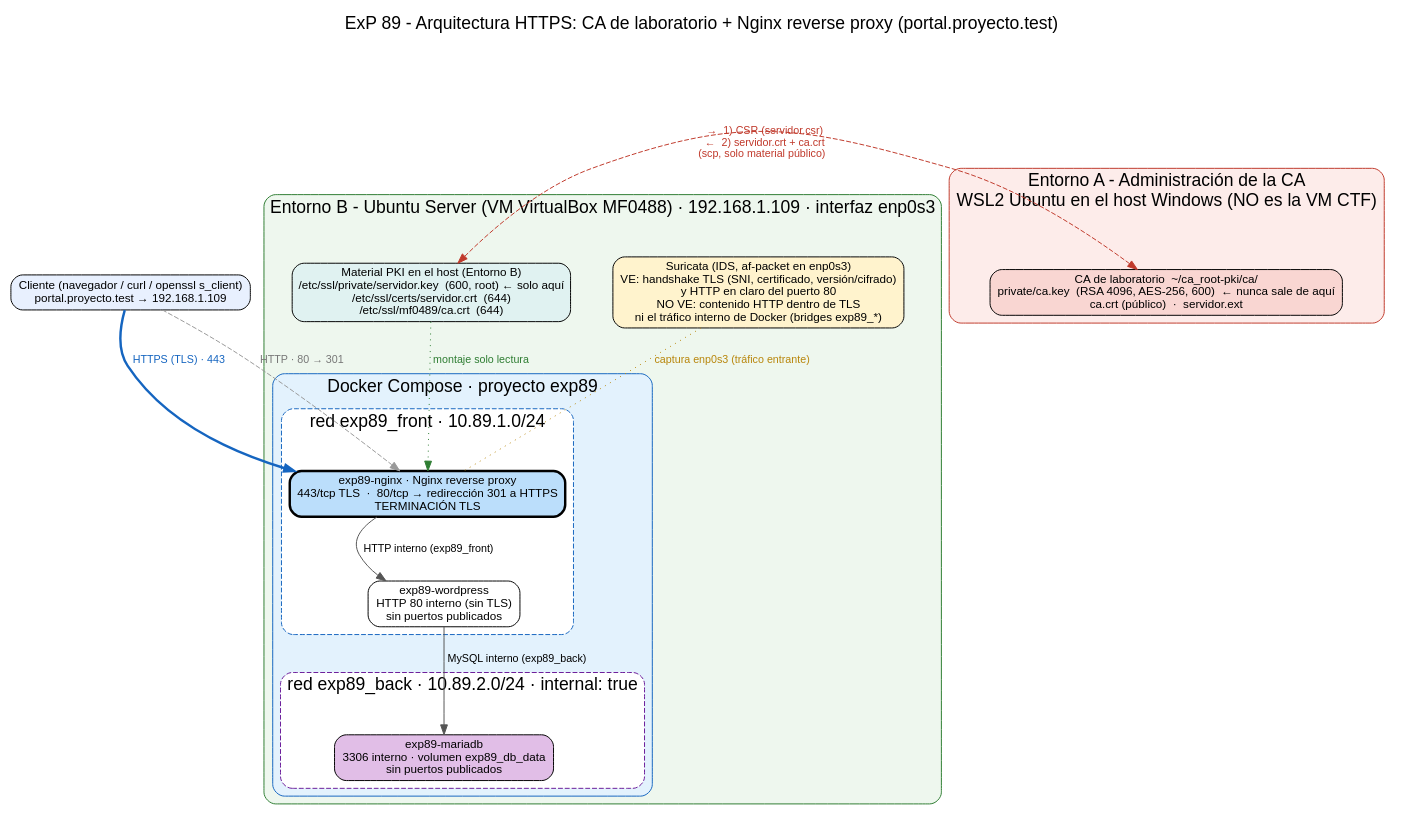
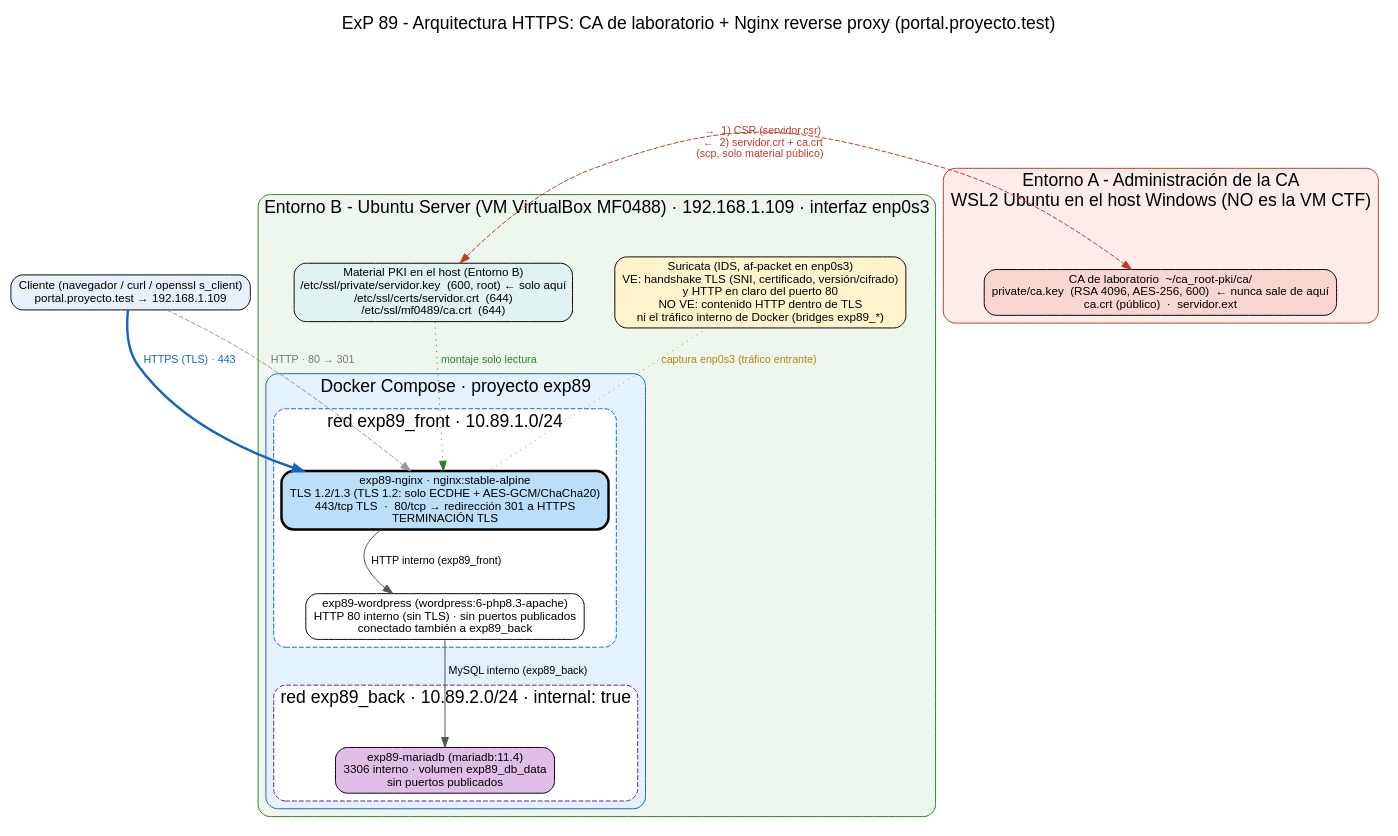
Before and after one commit to vladibcn69-ux/ExP89: the diagram in docs/mf0489/arquitectura-final.dot, drawn with Graphviz. The commit also changed 19 other files, not shown here.

Commit message:
Fase 5: guia de despliegue, scripts reproducibles, README, diagrama final y entrega final

```diff
--- a/docs/mf0489/arquitectura-final.dot
+++ b/docs/mf0489/arquitectura-final.dot
@@ -1,53 +1,53 @@
 // ExP 89 - Arquitectura final (Fase 1)
 // Autor: Volodymyr Osebchuk
 // Render: dot -Tpng -Gdpi=130 arquitectura-final.dot -o arquitectura-final.png
 digraph arquitectura {
   rankdir=TB; compound=true; newrank=true;
   fontname="Arial"; fontsize=18; labelloc=t; nodesep=0.6; ranksep=0.75;
   label="ExP 89 - Arquitectura HTTPS: CA de laboratorio + Nginx reverse proxy (portal.proyecto.test)\n ";
   node [fontname="Arial", fontsize=12, shape=box, style="rounded,filled", fillcolor="#ffffff"];
   edge [fontname="Arial", fontsize=11];
 
   cli [label="Cliente (navegador / curl / openssl s_client)\nportal.proyecto.test → 192.168.1.109", fillcolor="#e8f0fe"];
 
   subgraph cluster_A {
     label="Entorno A - Administración de la CA\nWSL2 Ubuntu en el host Windows (NO es la VM CTF)";
     style="rounded,filled"; fillcolor="#fdecea"; color="#c0392b";
     ca [label="CA de laboratorio  ~/ca_root-pki/ca/\nprivate/ca.key  (RSA 4096, AES-256, 600)  ← nunca sale de aquí\nca.crt (público)  ·  servidor.ext", fillcolor="#f9d6d2"];
   }
 
   subgraph cluster_B {
     label="Entorno B - Ubuntu Server (VM VirtualBox MF0488) · 192.168.1.109 · interfaz enp0s3";
     style="rounded,filled"; fillcolor="#eef7ee"; color="#2e7d32";
 
     suri [label="Suricata (IDS, af-packet en enp0s3)\nVE: handshake TLS (SNI, certificado, versión/cifrado)\ny HTTP en claro del puerto 80\nNO VE: contenido HTTP dentro de TLS\nni el tráfico interno de Docker (bridges exp89_*)", fillcolor="#fff3cd"];
     files [label="Material PKI en el host (Entorno B)\n/etc/ssl/private/servidor.key  (600, root) ← solo aquí\n/etc/ssl/certs/servidor.crt  (644)\n/etc/ssl/mf0489/ca.crt  (644)", fillcolor="#e0f2f1"];
 
     subgraph cluster_docker {
       label="Docker Compose · proyecto exp89"; style="rounded,filled"; fillcolor="#e3f2fd"; color="#1565c0";
       subgraph cluster_front {
         label="red exp89_front · 10.89.1.0/24"; style="rounded,dashed,filled"; fillcolor="#ffffff"; color="#1565c0";
-        nginx [label="exp89-nginx · Nginx reverse proxy\n443/tcp TLS  ·  80/tcp → redirección 301 a HTTPS\nTERMINACIÓN TLS", fillcolor="#bbdefb", penwidth=2.5];
-        wp [label="exp89-wordpress\nHTTP 80 interno (sin TLS)\nsin puertos publicados"];
+        nginx [label="exp89-nginx · nginx:stable-alpine\nTLS 1.2/1.3 (TLS 1.2: solo ECDHE + AES-GCM/ChaCha20)\n443/tcp TLS  ·  80/tcp → redirección 301 a HTTPS\nTERMINACIÓN TLS", fillcolor="#bbdefb", penwidth=2.5];
+        wp [label="exp89-wordpress (wordpress:6-php8.3-apache)\nHTTP 80 interno (sin TLS) · sin puertos publicados\nconectado también a exp89_back"];
       }
       subgraph cluster_back {
         label="red exp89_back · 10.89.2.0/24 · internal: true"; style="rounded,dashed,filled"; fillcolor="#ffffff"; color="#6a1b9a";
-        db [label="exp89-mariadb\n3306 interno · volumen exp89_db_data\nsin puertos publicados", fillcolor="#e1bee7"];
+        db [label="exp89-mariadb (mariadb:11.4)\n3306 interno · volumen exp89_db_data\nsin puertos publicados", fillcolor="#e1bee7"];
       }
     }
   }
 
   cli -> nginx [label="  HTTPS (TLS) · 443  ", color="#1565c0", fontcolor="#1565c0", penwidth=2.5];
   cli -> nginx [label="  HTTP · 80 → 301  ", color="#999999", fontcolor="#777777", style=dashed];
   nginx -> wp [label="  HTTP interno (exp89_front)  ", color="#555555"];
   wp -> db [label="  MySQL interno (exp89_back)  ", color="#555555"];
   wp -> nginx [style=invis];
 
   files -> nginx [label="  montaje solo lectura  ", color="#2e7d32", fontcolor="#2e7d32", style=dotted];
   suri -> nginx [label="  captura enp0s3 (tráfico entrante)  ", color="#b8860b", fontcolor="#b8860b", style=dotted, dir=none];
 
   files -> ca [dir=both, label="  →  1) CSR (servidor.csr)\n  ←  2) servidor.crt + ca.crt\n  (scp, solo material público)  ", color="#c0392b", fontcolor="#c0392b", style=dashed, constraint=false];
 
   {rank=same; cli; ca;}
   {rank=same; files; suri;}
 }
```
